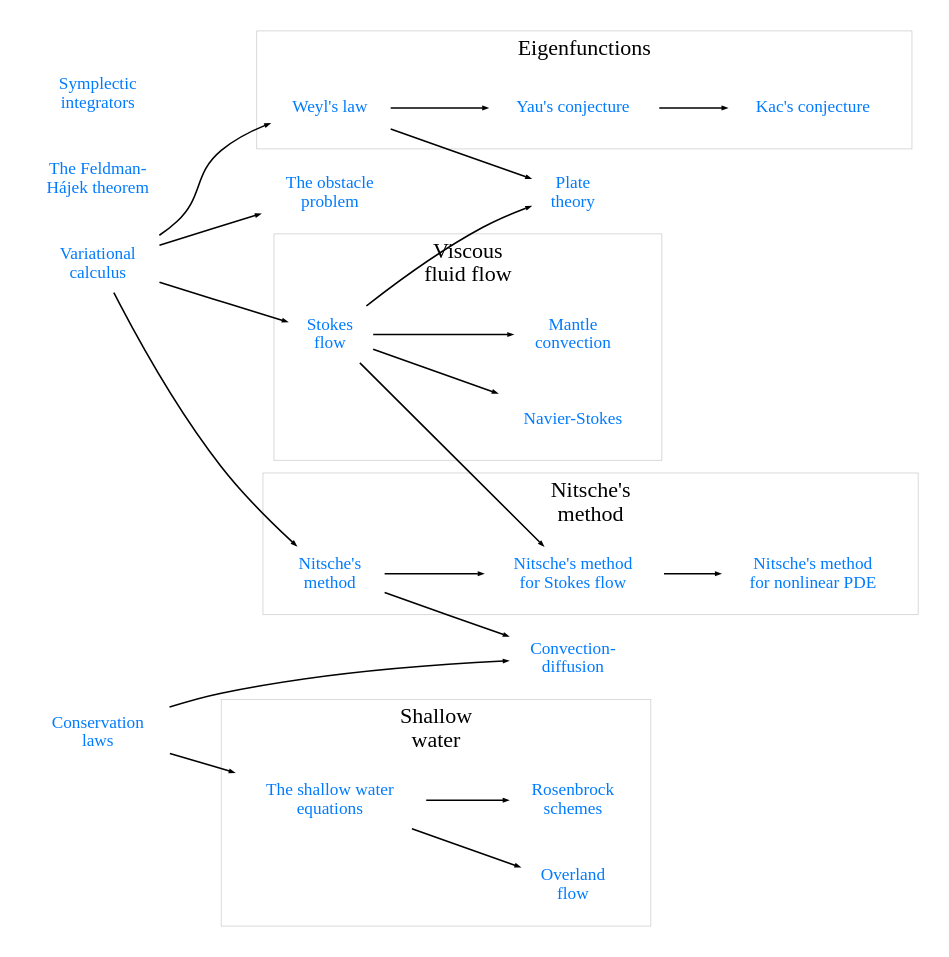
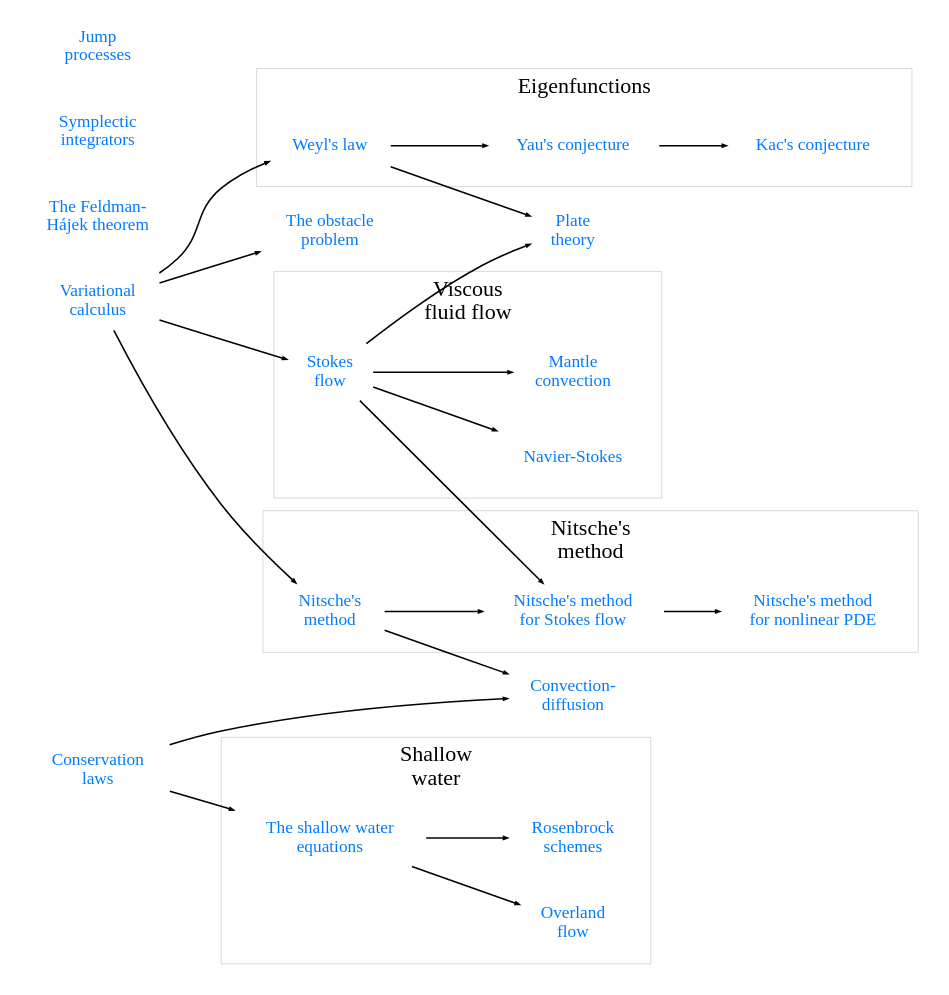
Before and after one commit to danshapero/danshapero.github.io: the diagram in pages/index.rst, drawn with Graphviz.

Commit message:
Add jump processes to index

```diff
--- a/pages/index.rst
+++ b/pages/index.rst
@@ -45,6 +45,7 @@
         // langevin [label="Langevin\nMonte\nCarlo", href="/posts/langevin-mcmc/"];
         symplectic [label="Symplectic\nintegrators", href="/posts/symplectic-integrators/"];
         // billiards [label="Billiards\non surfaces", href="/posts/surface-billiards/"];
+        jumpprocess [label="Jump\nprocesses", href="/posts/jump-processes/"];
 
         {rank=same; calc, conservation_laws};
 
```
